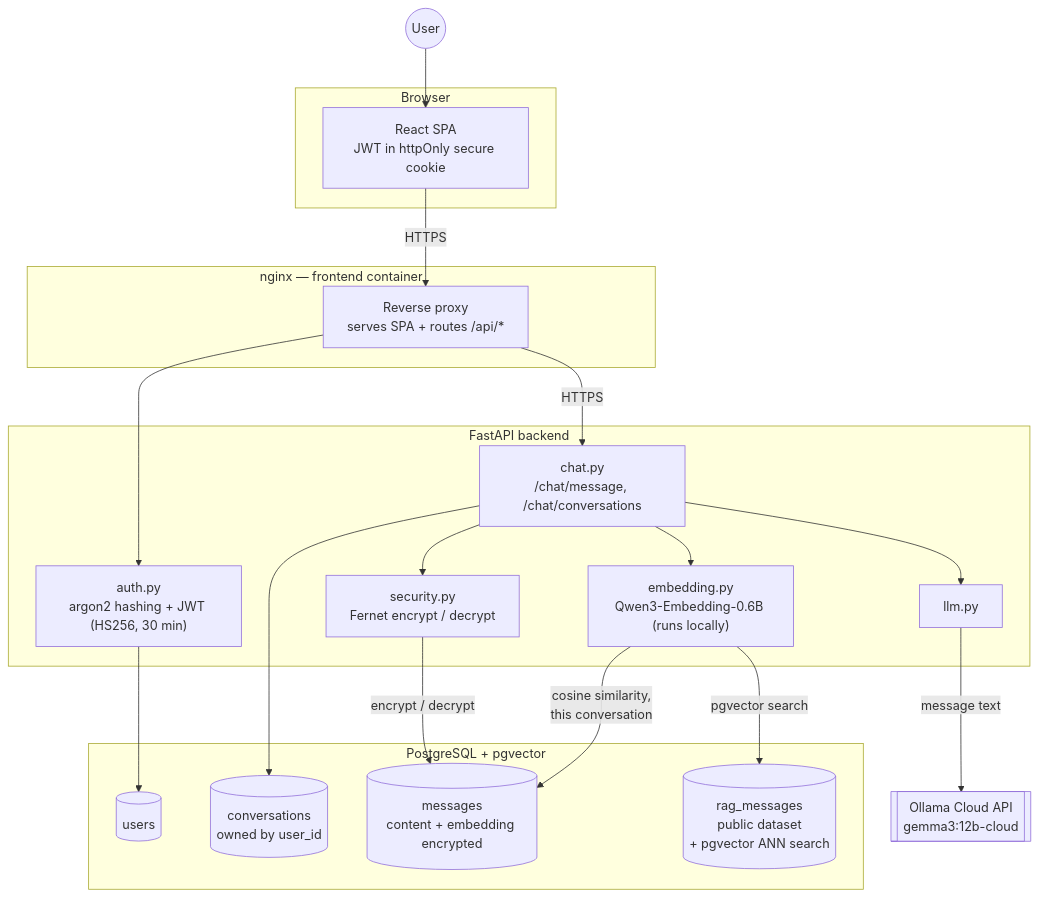
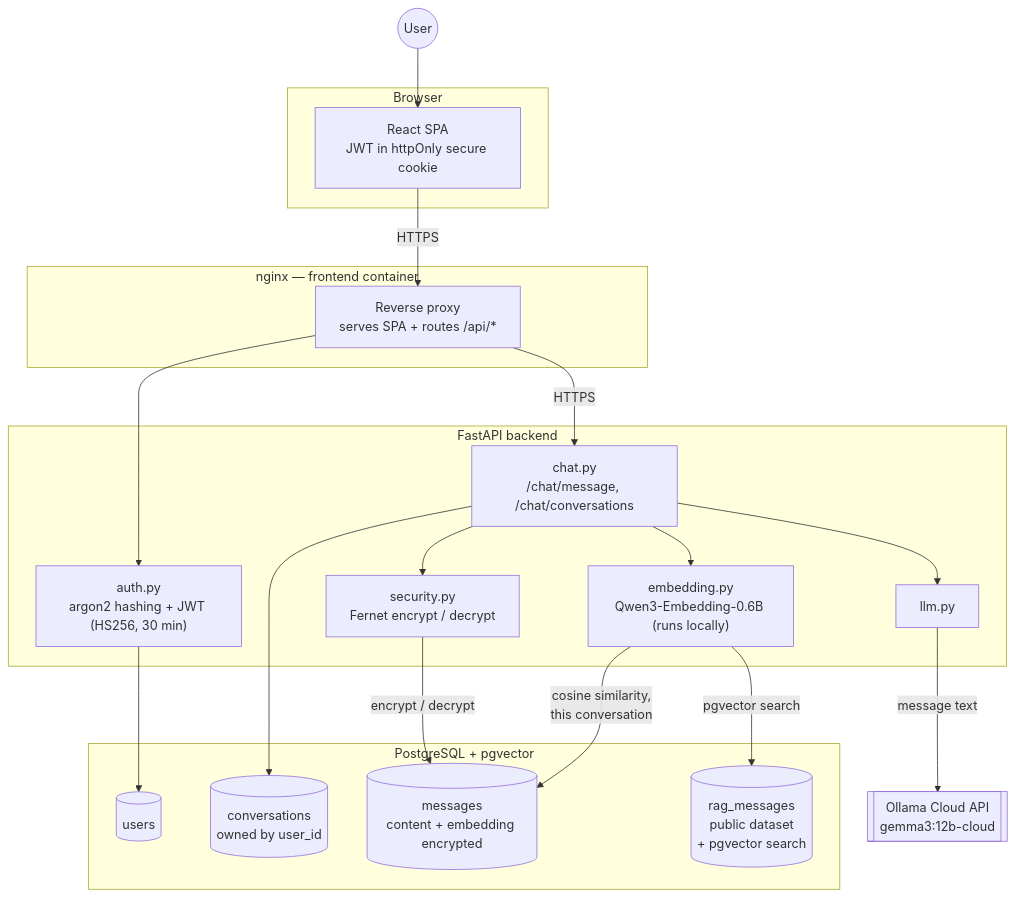
The diagram in README.md (hpuranik1794/pandora), drawn with Mermaid before and after one commit.

Commit message:
docs: fix vector search

````diff
--- a/README.md
+++ b/README.md
@@ -15,43 +15,43 @@
 ```mermaid
 graph TB
     User(("User"))
 
     subgraph Client["Browser"]
         SPA["React SPA<br/>JWT in httpOnly secure cookie"]
     end
 
     subgraph EdgeBox["nginx — frontend container"]
         Nginx["Reverse proxy<br/>serves SPA + routes /api/*"]
     end
 
     subgraph BackendBox["FastAPI backend"]
         AuthSvc["auth.py<br/>argon2 hashing + JWT (HS256, 30 min)"]
         ChatAPI["chat.py<br/>/chat/message, /chat/conversations"]
         SecuritySvc["security.py<br/>Fernet encrypt / decrypt"]
         EmbedSvc["embedding.py<br/>Qwen3-Embedding-0.6B (runs locally)"]
         LLMSvc["llm.py"]
     end
 
     subgraph DataBox["PostgreSQL + pgvector"]
         UsersT[("users")]
         ConvoT[("conversations<br/>owned by user_id")]
         MsgT[("messages<br/>content + embedding encrypted")]
-        RagT[("rag_messages<br/>public dataset<br/>+ pgvector ANN search")]
+        RagT[("rag_messages<br/>public dataset<br/>+ pgvector search")]
     end
 
     Ollama[["Ollama Cloud API<br/>gemma3:12b-cloud"]]
 
     User --> SPA
     SPA -->|HTTPS| Nginx
     Nginx -->|HTTPS| ChatAPI
     Nginx --> AuthSvc
     ChatAPI --> SecuritySvc
     ChatAPI --> EmbedSvc
     ChatAPI --> LLMSvc
     AuthSvc --> UsersT
     ChatAPI --> ConvoT
     SecuritySvc -->|"encrypt / decrypt"| MsgT
     EmbedSvc -->|"cosine similarity,<br/>this conversation"| MsgT
     EmbedSvc -->|"pgvector search"| RagT
     LLMSvc -->|"message text"| Ollama
 ```
````
